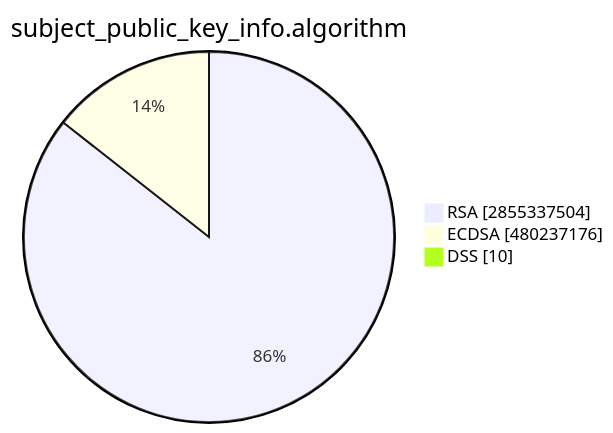
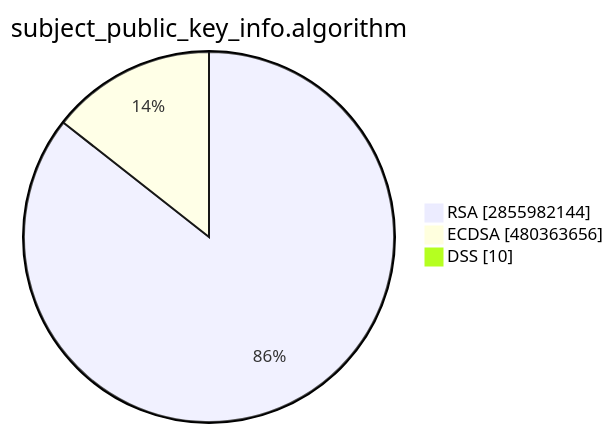
Before and after one commit to christiankrug/ctmonitor_visualization: the second of 15 diagrams in TOTAL/README.md, drawn with Mermaid. The commit also changed other lines of this file, not shown here.

````diff
--- a/TOTAL/README.md
+++ b/TOTAL/README.md
@@ -6,7 +6,7 @@
 ```mermaid
 pie showData
 title subject_public_key_info.algorithm
-"RSA" :2855337504
-"ECDSA" :480237176
+"RSA" :2855982144
+"ECDSA" :480363656
 "DSS" :10
 ```
````
